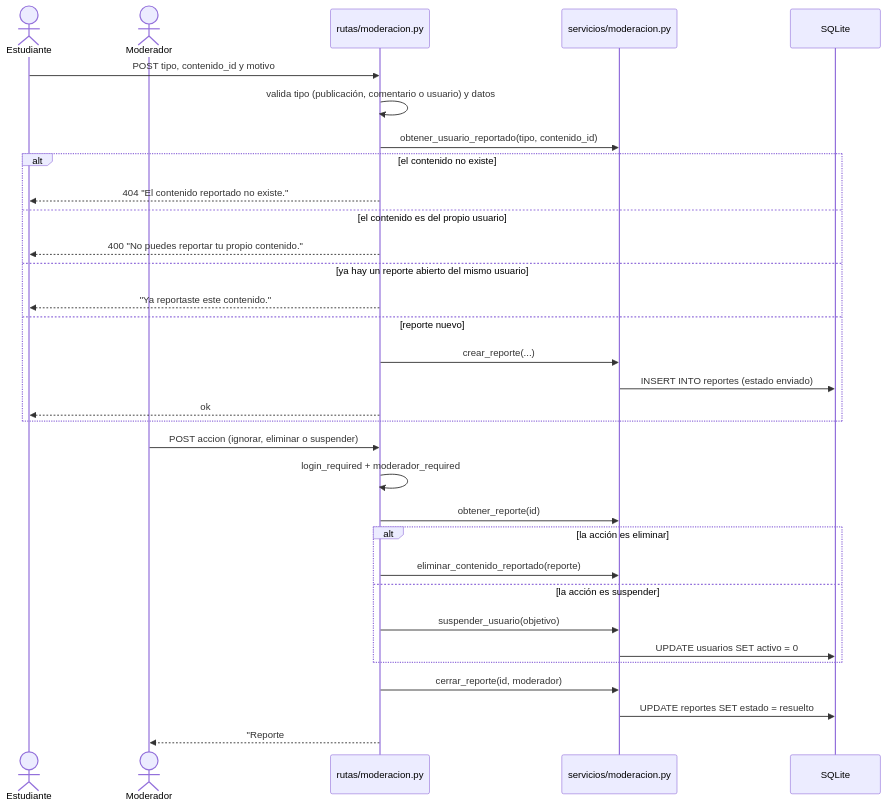
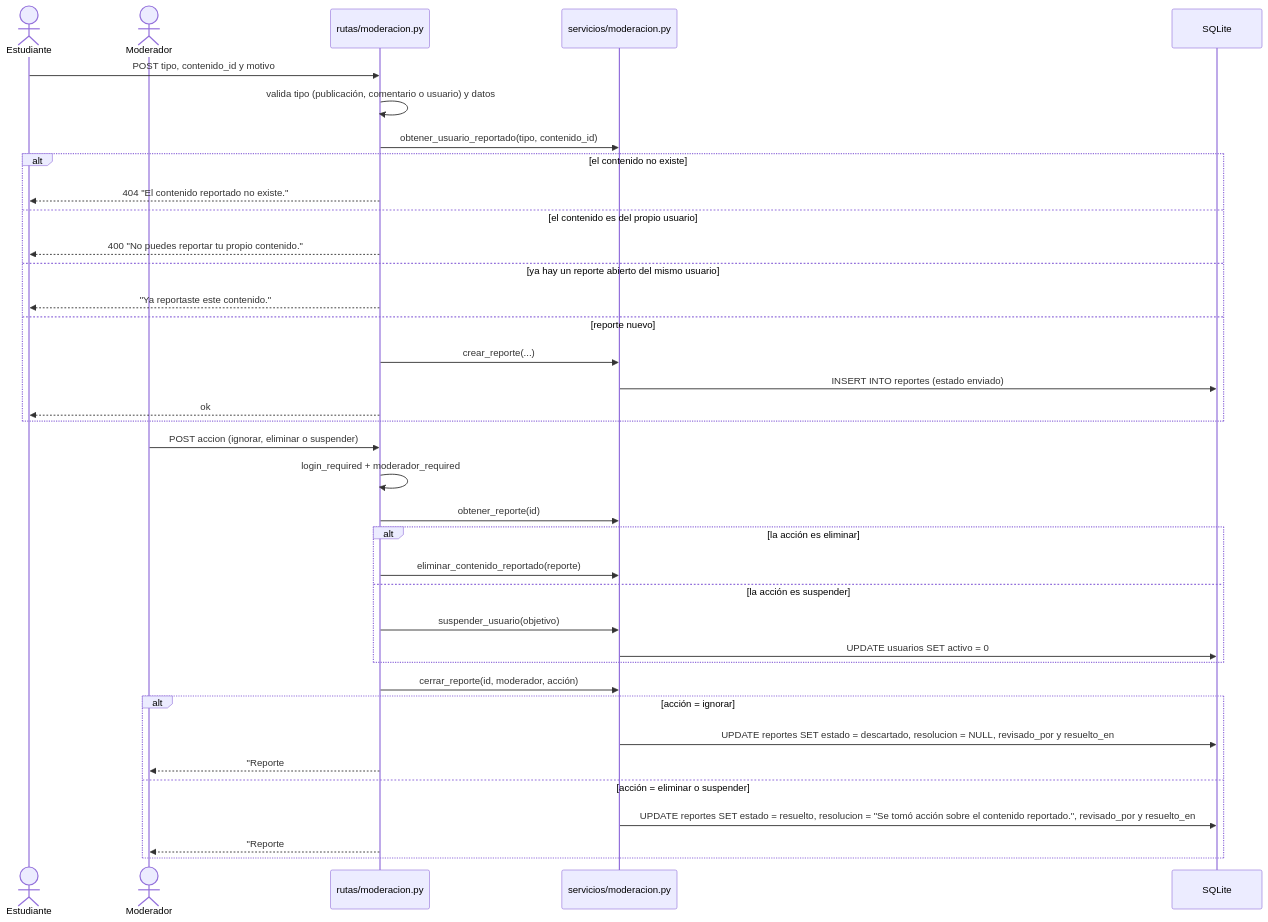
One commit to divis-smith/AGORA changed the second of 5 diagrams in docs/diagramas/secuencia.md. Above: the diagram before and after it, drawn with Mermaid. The commit also changed 2 other files, not shown here.

Commit message:
docs: documentar resolucion visible

````diff
--- a/docs/diagramas/secuencia.md
+++ b/docs/diagramas/secuencia.md
@@ -35,36 +35,41 @@
 ```mermaid
 sequenceDiagram
     actor E as Estudiante
     actor M as Moderador
     participant R as rutas/moderacion.py
     participant S as servicios/moderacion.py
     participant DB as SQLite
 
     E->>R: POST tipo, contenido_id y motivo
     R->>R: valida tipo (publicación, comentario o usuario) y datos
     R->>S: obtener_usuario_reportado(tipo, contenido_id)
     alt el contenido no existe
         R-->>E: 404 "El contenido reportado no existe."
     else el contenido es del propio usuario
         R-->>E: 400 "No puedes reportar tu propio contenido."
     else ya hay un reporte abierto del mismo usuario
         R-->>E: "Ya reportaste este contenido."
     else reporte nuevo
         R->>S: crear_reporte(...)
         S->>DB: INSERT INTO reportes (estado enviado)
         R-->>E: ok
     end
 
     M->>R: POST accion (ignorar, eliminar o suspender)
     R->>R: login_required + moderador_required
     R->>S: obtener_reporte(id)
     alt la acción es eliminar
         R->>S: eliminar_contenido_reportado(reporte)
     else la acción es suspender
         R->>S: suspender_usuario(objetivo)
         S->>DB: UPDATE usuarios SET activo = 0
     end
-    R->>S: cerrar_reporte(id, moderador)
-    S->>DB: UPDATE reportes SET estado = resuelto
-    R-->>M: "Reporte #N resuelto"
+    R->>S: cerrar_reporte(id, moderador, acción)
+    alt acción = ignorar
+        S->>DB: UPDATE reportes SET estado = descartado, resolucion = NULL, revisado_por y resuelto_en
+        R-->>M: "Reporte #N descartado"
+    else acción = eliminar o suspender
+        S->>DB: UPDATE reportes SET estado = resuelto, resolucion = "Se tomó acción sobre el contenido reportado.", revisado_por y resuelto_en
+        R-->>M: "Reporte #N resuelto"
+    end
 ```
````
